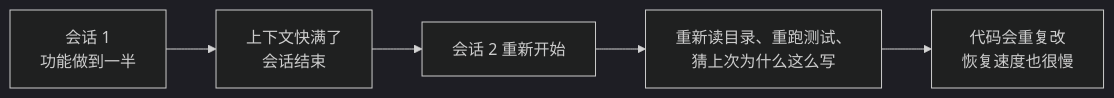
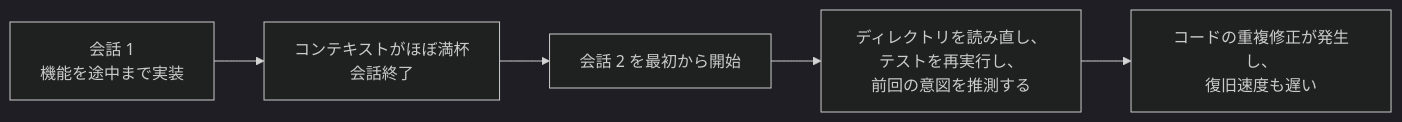
One commit to mkusaka/learn-harness-engineering changed the first of 2 diagrams in docs/zh/lectures/lecture-05-why-long-running-tasks-lose-continuity/index.md. Above: the diagram before and after it, drawn with Mermaid (dark theme). The commit also changed other lines of this file and 571 other files, not shown here.

````diff
--- a/docs/zh/lectures/lecture-05-why-long-running-tasks-lose-continuity/index.md
+++ b/docs/zh/lectures/lecture-05-why-long-running-tasks-lose-continuity/index.md
@@ -26,7 +26,7 @@
 ```mermaid
 flowchart LR
-    S1["会话 1<br/>功能做到一半"] --> End1["上下文快满了<br/>会话结束"]
-    End1 --> S2["会话 2 重新开始"]
-    S2 --> Guess["重新读目录、重跑测试、<br/>猜上次为什么这么写"]
-    Guess --> Drift["代码会重复改<br/>恢复速度也很慢"]
+    S1["会話 1<br/>機能を途中まで実装"] --> End1["コンテキストがほぼ満杯<br/>会話終了"]
+    End1 --> S2["会話 2 を最初から開始"]
+    S2 --> Guess["ディレクトリを読み直し、テストを再実行し、<br/>前回の意図を推測する"]
+    Guess --> Drift["コードの重複修正が発生し、<br/>復旧速度も遅い"]
 ```
````
